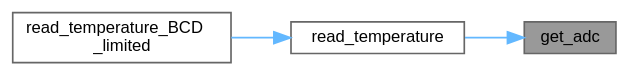
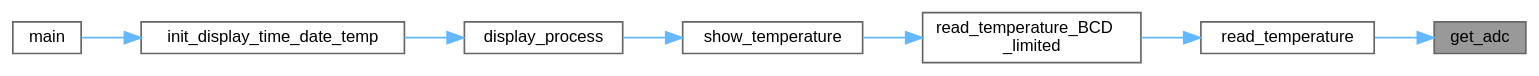
Before and after one commit to Ghaadyy/elevator-controller: the diagram in dev/adc_8c_a038789a6edd6437f57cb5fcd50537611_icgraph.dot, drawn with Graphviz. The commit also changed 80 other files, not shown here.

```diff
--- a/dev/adc_8c_a038789a6edd6437f57cb5fcd50537611_icgraph.dot
+++ b/dev/adc_8c_a038789a6edd6437f57cb5fcd50537611_icgraph.dot
@@ -1,13 +1,21 @@
 digraph "get_adc"
 {
  // LATEX_PDF_SIZE
   bgcolor="transparent";
   edge [fontname=Helvetica,fontsize=10,labelfontname=Helvetica,labelfontsize=10];
   node [fontname=Helvetica,fontsize=10,shape=box,height=0.2,width=0.4];
   rankdir="RL";
   Node1 [id="Node000001",label="get_adc",height=0.2,width=0.4,color="gray40", fillcolor="grey60", style="filled", fontcolor="black",tooltip=" "];
   Node1 -> Node2 [id="edge1_Node000001_Node000002",dir="back",color="steelblue1",style="solid",tooltip=" "];
   Node2 [id="Node000002",label="read_temperature",height=0.2,width=0.4,color="grey40", fillcolor="white", style="filled",URL="$tempr_8c.html#aed59bb30213aec95f169ab0215d017a3",tooltip="Get the temperature."];
   Node2 -> Node3 [id="edge2_Node000002_Node000003",dir="back",color="steelblue1",style="solid",tooltip=" "];
   Node3 [id="Node000003",label="read_temperature_BCD\l_limited",height=0.2,width=0.4,color="grey40", fillcolor="white", style="filled",URL="$tempr_8c.html#ae4bae2d28c2da41a357799d6387d0eaa",tooltip="Get the temperature in BCD format limited to 2 digits."];
+  Node3 -> Node4 [id="edge3_Node000003_Node000004",dir="back",color="steelblue1",style="solid",tooltip=" "];
+  Node4 [id="Node000004",label="show_temperature",height=0.2,width=0.4,color="grey40", fillcolor="white", style="filled",URL="$display__time__date__temp_8c.html#aedcec35a740c8a26d4d07a7e0e80ba14",tooltip="Display the current temperature in (TT dC) format."];
+  Node4 -> Node5 [id="edge4_Node000004_Node000005",dir="back",color="steelblue1",style="solid",tooltip=" "];
+  Node5 [id="Node000005",label="display_process",height=0.2,width=0.4,color="grey40", fillcolor="white", style="filled",URL="$display__time__date__temp_8c.html#a623676cea54e765bc09b0150f9f11ee3",tooltip="Task that cycles through and displays time, date, and temperature."];
+  Node5 -> Node6 [id="edge5_Node000005_Node000006",dir="back",color="steelblue1",style="solid",tooltip=" "];
+  Node6 [id="Node000006",label="init_display_time_date_temp",height=0.2,width=0.4,color="grey40", fillcolor="white", style="filled",URL="$display__time__date__temp_8c.html#a08d88c70d567692f6f4900a3842eda5a",tooltip="Initialize and start the task."];
+  Node6 -> Node7 [id="edge6_Node000006_Node000007",dir="back",color="steelblue1",style="solid",tooltip=" "];
+  Node7 [id="Node000007",label="main",height=0.2,width=0.4,color="grey40", fillcolor="white", style="filled",URL="$main_8c.html#acdef7a1fd863a6d3770c1268cb06add3",tooltip=" "];
 }
```
